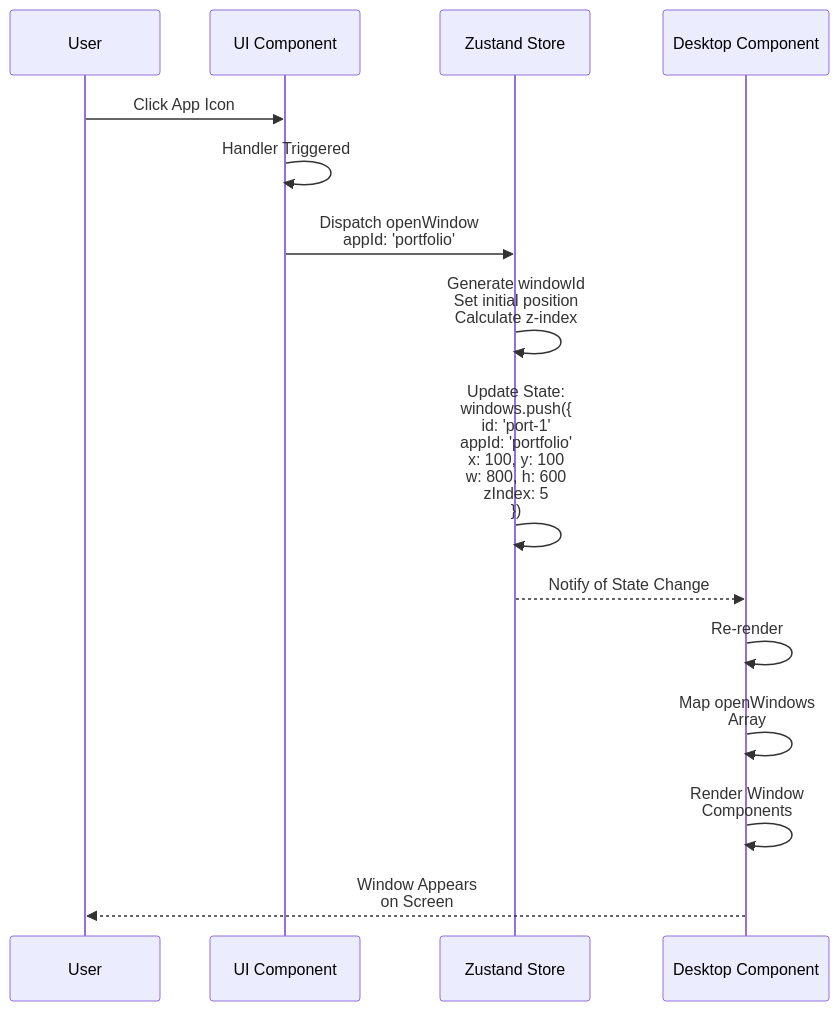
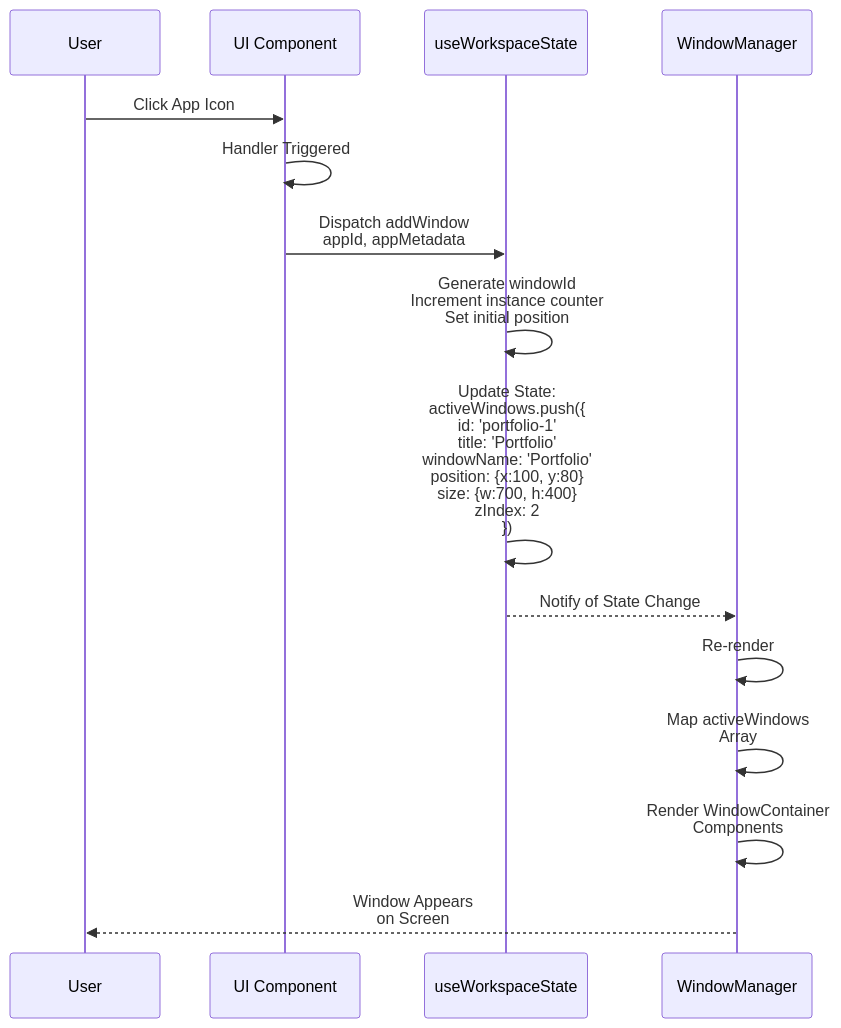
The sixth of 13 diagrams in docs/DATA_FLOW.md (NatsuDrag9/portfolio-os), drawn with Mermaid before and after one commit. The commit also changed other lines of this file and 7 other files, not shown here.

Commit message:
docs(app): correct architecture doc and add more docs

````diff
--- a/docs/DATA_FLOW.md
+++ b/docs/DATA_FLOW.md
@@ -171,22 +172,22 @@
 ```mermaid
 sequenceDiagram
     participant User
     participant Component as UI Component
-    participant Store as Zustand Store
-    participant Desktop as Desktop Component
+    participant Store as useWorkspaceState
+    participant WindowMgr as WindowManager
 
     User->>Component: Click App Icon
     Component->>Component: Handler Triggered
-    Component->>Store: Dispatch openWindow<br/>appId: 'portfolio'
+    Component->>Store: Dispatch addWindow<br/>appId, appMetadata
 
-    Store->>Store: Generate windowId<br/>Set initial position<br/>Calculate z-index
+    Store->>Store: Generate windowId<br/>Increment instance counter<br/>Set initial position
 
-    Store->>Store: Update State:<br/>windows.push({<br/>  id: 'port-1'<br/>  appId: 'portfolio'<br/>  x: 100, y: 100<br/>  w: 800, h: 600<br/>  zIndex: 5<br/>})
+    Store->>Store: Update State:<br/>activeWindows.push({<br/>  id: 'portfolio-1'<br/>  title: 'Portfolio'<br/>  windowName: 'Portfolio'<br/>  position: {x:100, y:80}<br/>  size: {w:700, h:400}<br/>  zIndex: 2<br/>})
 
-    Store-->>Desktop: Notify of State Change
-    Desktop->>Desktop: Re-render
-    Desktop->>Desktop: Map openWindows<br/>Array
-    Desktop->>Desktop: Render Window<br/>Components
+    Store-->>WindowMgr: Notify of State Change
+    WindowMgr->>WindowMgr: Re-render
+    WindowMgr->>WindowMgr: Map activeWindows<br/>Array
+    WindowMgr->>WindowMgr: Render WindowContainer<br/>Components
 
-    Desktop-->>User: Window Appears<br/>on Screen
+    WindowMgr-->>User: Window Appears<br/>on Screen
 ```
````
